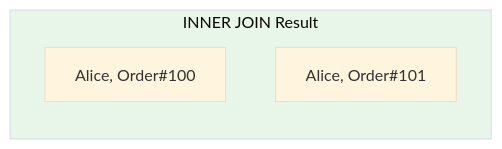
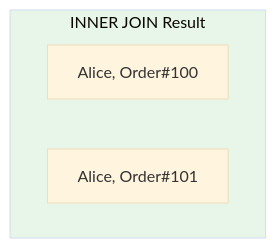
One commit to devomh/comp4098-2026 changed the second of 4 diagrams in week_06/w06_l11_concept_complex_joins.md. Above: the diagram before and after it, drawn with Mermaid (base theme). The commit also changed other lines of this file and 4 other files, not shown here.

````diff
--- a/week_06/w06_l11_concept_complex_joins.md
+++ b/week_06/w06_l11_concept_complex_joins.md
@@ -75,8 +74,8 @@
 ```mermaid
-graph LR
+graph TB
     subgraph Result["INNER JOIN Result"]
         R1["Alice, Order#100"]
         R2["Alice, Order#101"]
     end
     style Result fill:#e8f5e9
 ```
````
